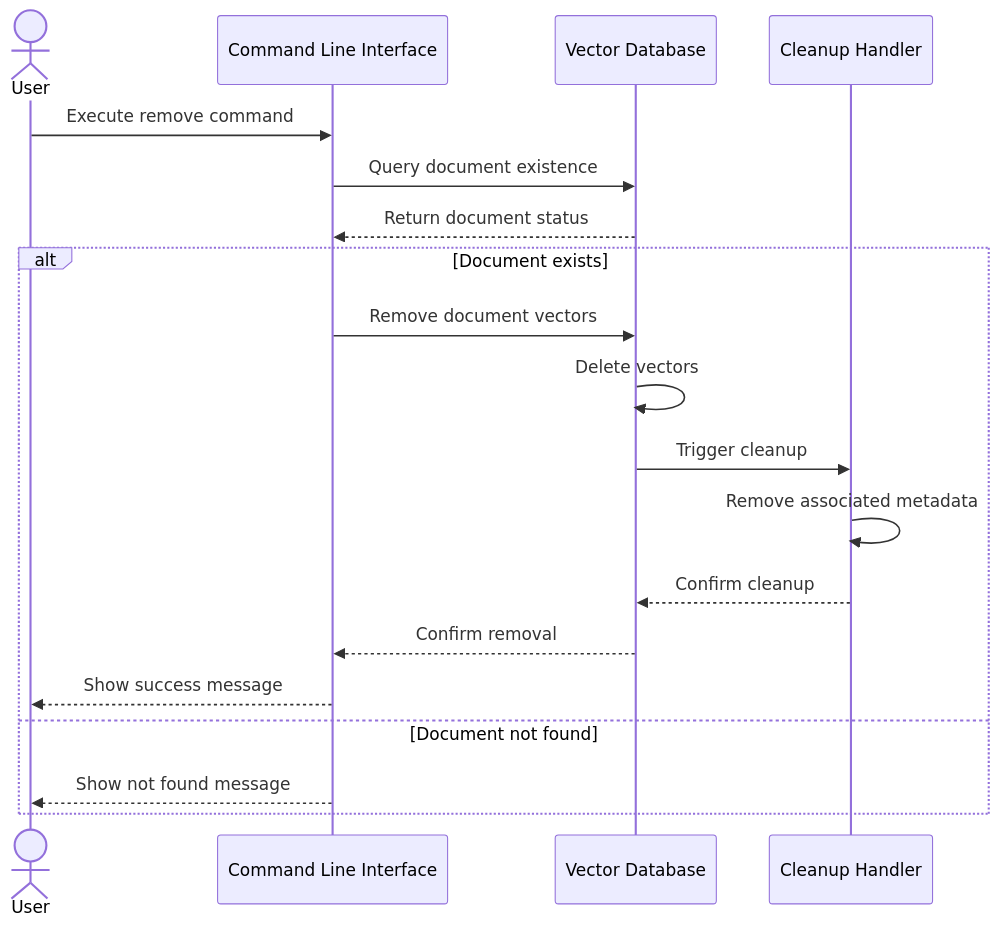
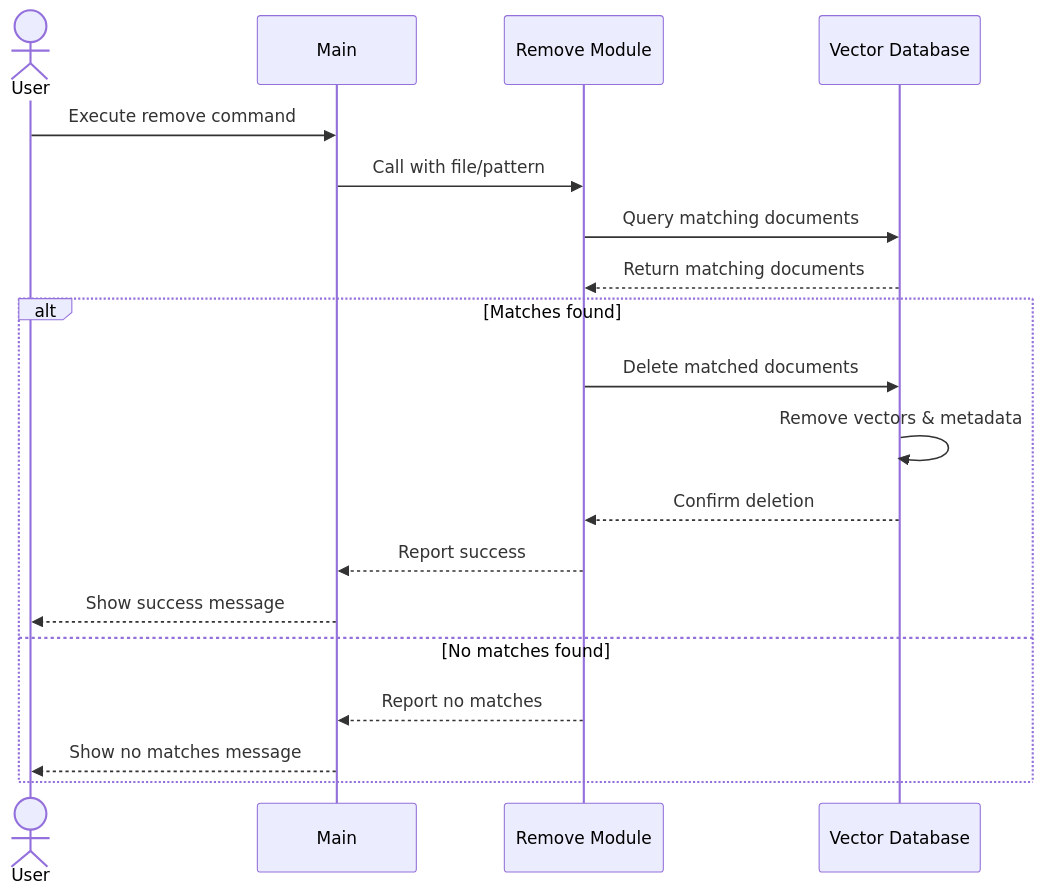
Before and after one commit to shepner/qa_system: the diagram in ARCHITECTURE-remove-flow.md, drawn with Mermaid. The commit also changed other lines of this file and 5 other files, not shown here.

Commit message:
docs: Update architecture documentation

````diff
--- a/ARCHITECTURE-remove-flow.md
+++ b/ARCHITECTURE-remove-flow.md
@@ -15,23 +32,23 @@
 ```mermaid
 sequenceDiagram
     actor User
-    participant CLI as Command Line Interface
+    participant Main
+    participant Remove as Remove Module
     participant VDB as Vector Database
-    participant Clean as Cleanup Handler
 
-    User->>CLI: Execute remove command
-    CLI->>VDB: Query document existence
-    VDB-->>CLI: Return document status
+    User->>Main: Execute remove command
+    Main->>Remove: Call with file/pattern
+    Remove->>VDB: Query matching documents
+    VDB-->>Remove: Return matching documents
     
-    alt Document exists
-        CLI->>VDB: Remove document vectors
-        VDB->>VDB: Delete vectors
-        VDB->>Clean: Trigger cleanup
-        Clean->>Clean: Remove associated metadata
-        Clean-->>VDB: Confirm cleanup
-        VDB-->>CLI: Confirm removal
-        CLI-->>User: Show success message
-    else Document not found
-        CLI-->>User: Show not found message
+    alt Matches found
+        Remove->>VDB: Delete matched documents
+        VDB->>VDB: Remove vectors & metadata
+        VDB-->>Remove: Confirm deletion
+        Remove-->>Main: Report success
+        Main-->>User: Show success message
+    else No matches found
+        Remove-->>Main: Report no matches
+        Main-->>User: Show no matches message
     end
 ```
````
